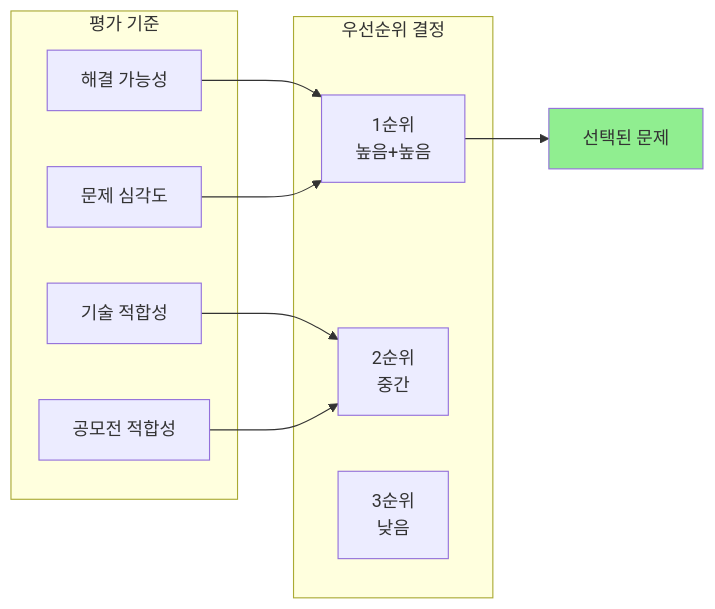
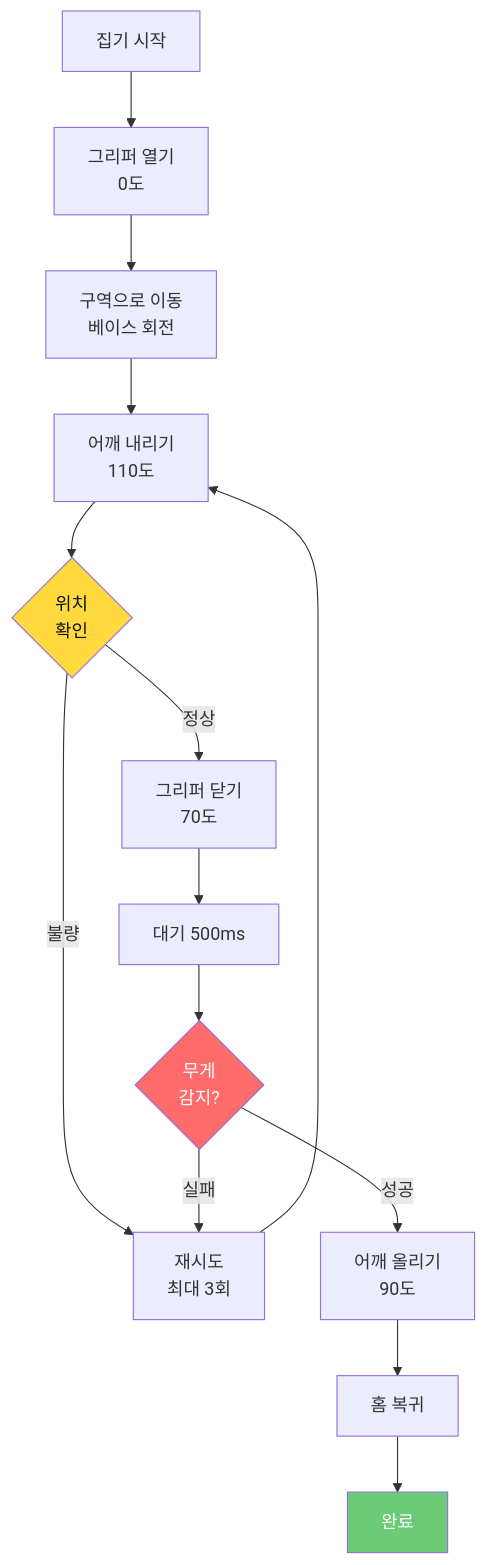
The fourth of 10 diagrams in docs/03_바이브_코딩_가이드.md (Collegenie-X/Smart_Factory_Arms_Project), drawn with Mermaid before and after one commit. The commit also changed other lines of this file and 17 other files, not shown here.

````diff
--- a/docs/03_바이브_코딩_가이드.md
+++ b/docs/03_바이브_코딩_가이드.md
@@ -118,24 +99,24 @@
 ```mermaid
-graph LR
-    subgraph 평가축[평가 기준]
-        A1[해결 가능성]
-        A2[문제 심각도]
-        A3[기술 적합성]
-        A4[공모전 적합성]
-    end
+flowchart TD
+    START[집기 시작] --> OPEN[그리퍼 열기<br/>0도]
+    OPEN --> MOVE1[구역으로 이동<br/>베이스 회전]
+    MOVE1 --> DOWN[어깨 내리기<br/>110도]
     
-    subgraph 우선순위[우선순위 결정]
-        B1[1순위<br/>높음+높음]
-        B2[2순위<br/>중간]
-        B3[3순위<br/>낮음]
-    end
+    DOWN --> VERIFY{위치<br/>확인}
+    VERIFY -->|불량| RETRY[재시도<br/>최대 3회]
+    RETRY --> DOWN
+    VERIFY -->|정상| CLOSE[그리퍼 닫기<br/>70도]
     
-    A1 --> B1
-    A2 --> B1
-    A3 --> B2
-    A4 --> B2
+    CLOSE --> WAIT1[대기 500ms]
+    WAIT1 --> CHECK{무게<br/>감지?}
     
-    B1 --> C[선택된 문제]
+    CHECK -->|실패| RETRY
+    CHECK -->|성공| UP[어깨 올리기<br/>90도]
     
-    style C fill:#90EE90
+    UP --> HOME[홈 복귀]
+    HOME --> END[완료]
+    
+    style VERIFY fill:#FFD93D,color:#111
+    style CHECK fill:#FF6B6B,color:#fff
+    style END fill:#6BCB77,color:#fff
 ```
````
